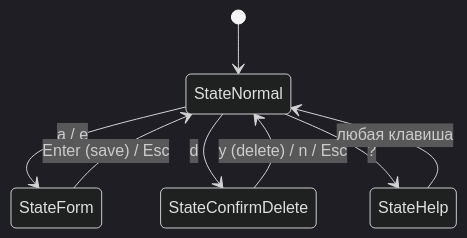
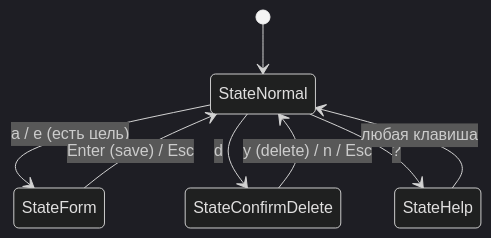
The third of 4 diagrams in docs/architecture.md (usov-ap/makoterm3), drawn with Mermaid (dark theme) before and after one commit. The commit also changed other lines of this file and 8 other files, not shown here.

````diff
--- a/docs/architecture.md
+++ b/docs/architecture.md
@@ -92,10 +94,10 @@
 ```mermaid
 stateDiagram-v2
     [*] --> StateNormal
-    StateNormal --> StateForm: a / e
+    StateNormal --> StateForm: a / e (есть цель)
     StateNormal --> StateConfirmDelete: d
     StateNormal --> StateHelp: ?
     StateForm --> StateNormal: Enter (save) / Esc
     StateConfirmDelete --> StateNormal: y (delete) / n / Esc
     StateHelp --> StateNormal: любая клавиша
 ```
````
